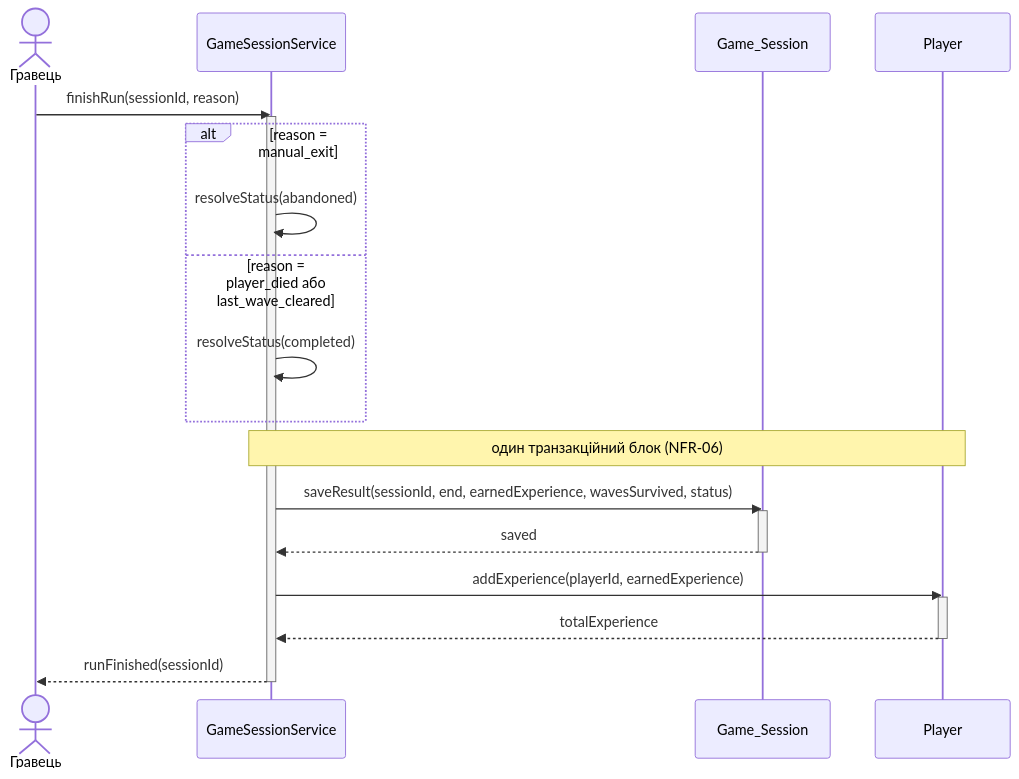
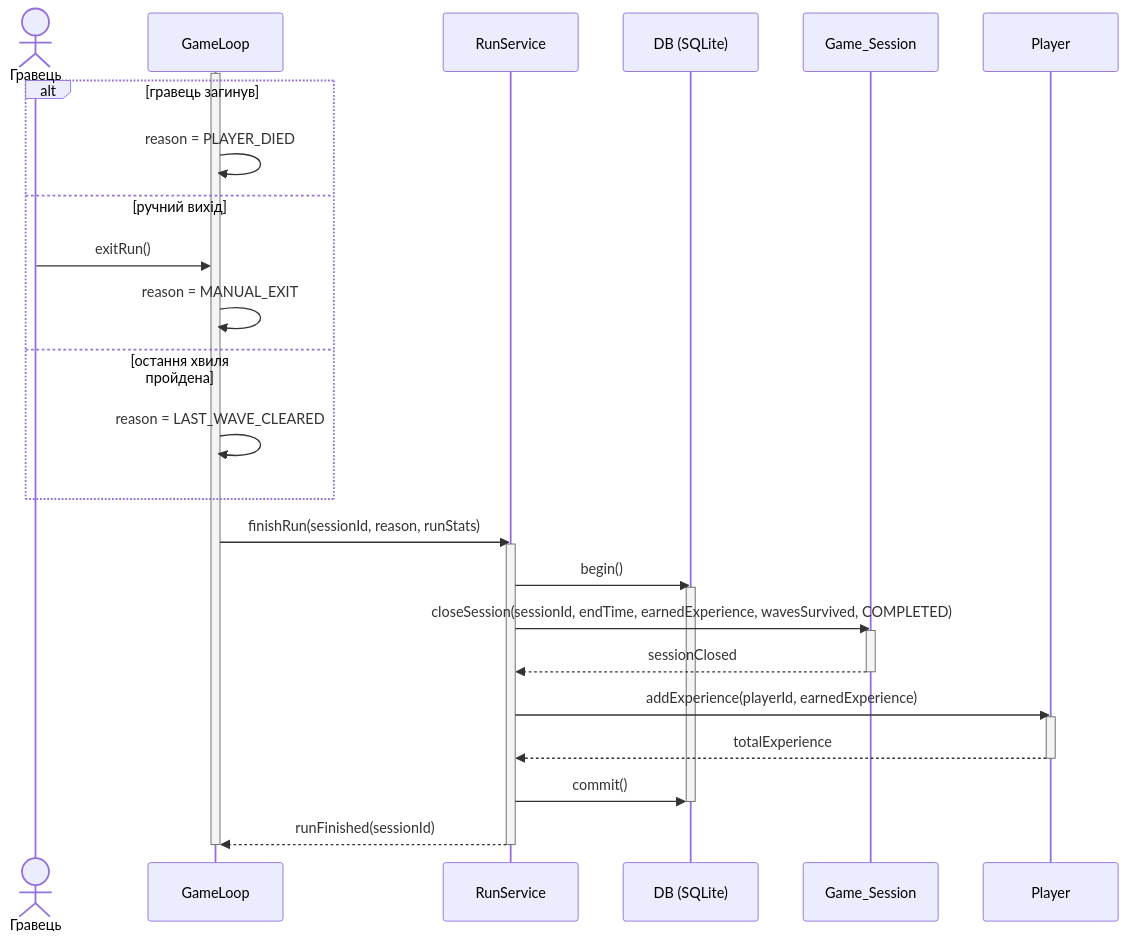
The diagram in Lab3/SC/SC-1 reasons.md (Sk1y-1/KPI-2), drawn with Mermaid before and after one commit. The commit also changed other lines of this file, not shown here.

Commit message:
Refactor sequence diagram for game session handling

````diff
--- a/Lab3/SC/SC-1 reasons.md
+++ b/Lab3/SC/SC-1 reasons.md
@@ -1,25 +2,35 @@
 ```mermaid
 sequenceDiagram
     actor P as Гравець
-    participant GS as GameSessionService
+    participant GL as GameLoop
+    participant RS as RunService
+    participant DB as DB (SQLite)
     participant S as Game_Session
     participant PL as Player
-    P->>GS: finishRun(sessionId, reason)
-    activate GS
-    alt reason = manual_exit
-        GS->>GS: resolveStatus(abandoned)
-    else reason = player_died або last_wave_cleared
-        GS->>GS: resolveStatus(completed)
+    activate GL
+    alt гравець загинув
+        GL->>GL: reason = PLAYER_DIED
+    else ручний вихід
+        P->>GL: exitRun()
+        GL->>GL: reason = MANUAL_EXIT
+    else остання хвиля пройдена
+        GL->>GL: reason = LAST_WAVE_CLEARED
     end
-    Note over GS,PL: один транзакційний блок (NFR-06)
-    GS->>S: saveResult(sessionId, end, earnedExperience, wavesSurvived, status)
+    GL->>RS: finishRun(sessionId, reason, runStats)
+    activate RS
+    RS->>DB: begin()
+    activate DB
+    RS->>S: closeSession(sessionId, endTime, earnedExperience, wavesSurvived, COMPLETED)
     activate S
-    S-->>GS: saved
+    S-->>RS: sessionClosed
     deactivate S
-    GS->>PL: addExperience(playerId, earnedExperience)
+    RS->>PL: addExperience(playerId, earnedExperience)
     activate PL
-    PL-->>GS: totalExperience
+    PL-->>RS: totalExperience
     deactivate PL
-    GS-->>P: runFinished(sessionId)
-    deactivate GS
+    RS->>DB: commit()
+    deactivate DB
+    RS-->>GL: runFinished(sessionId)
+    deactivate RS
+    deactivate GL
 ```
````
